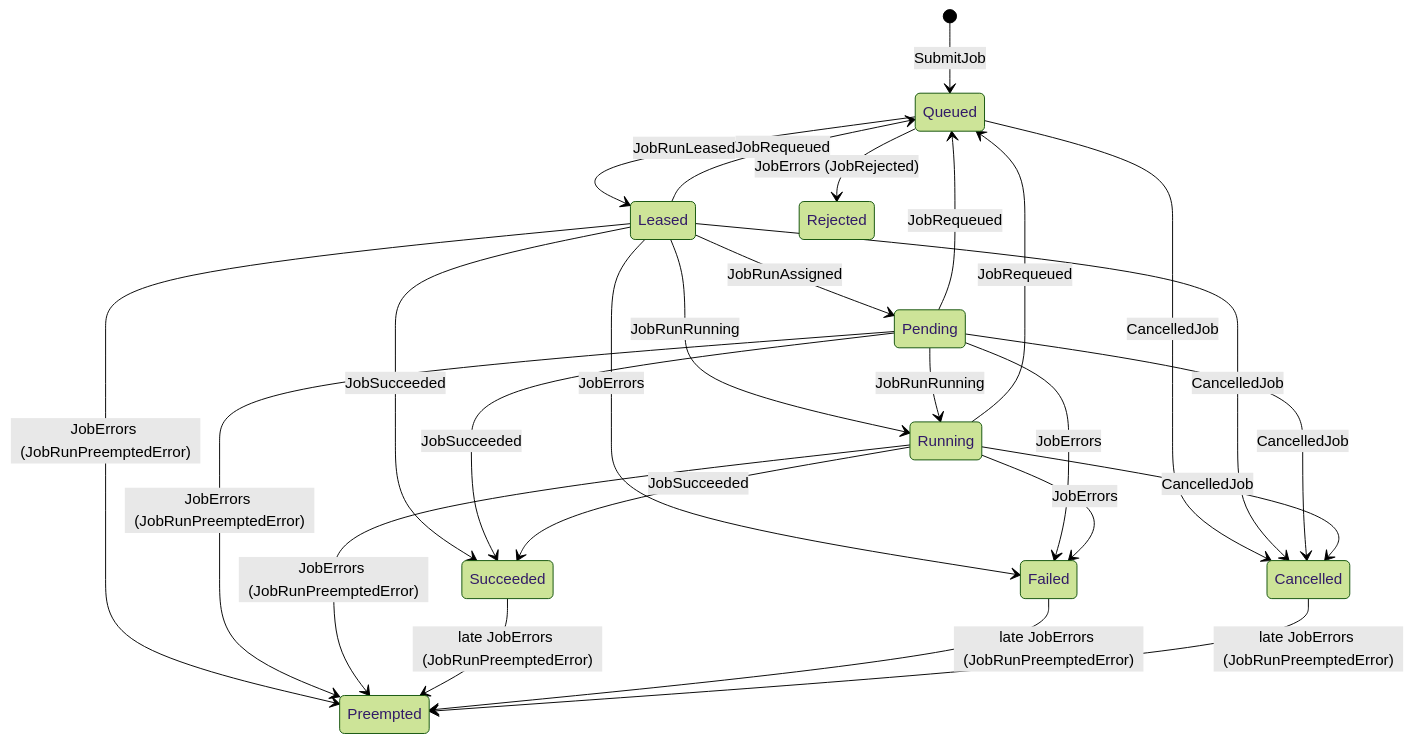
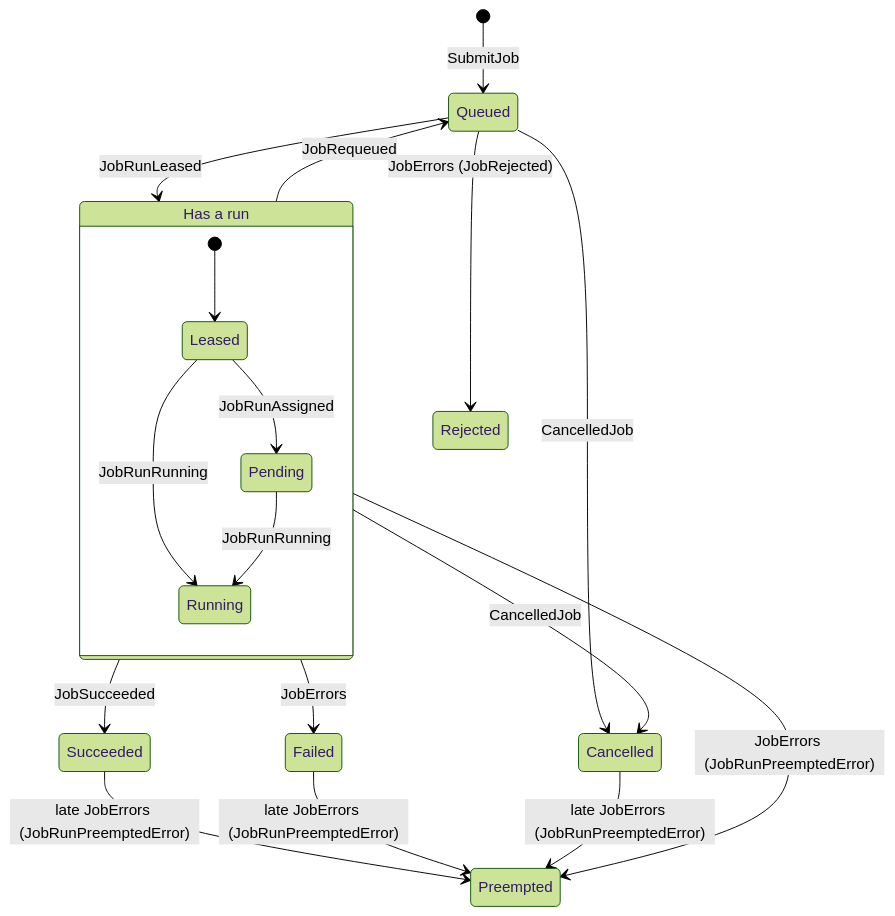
The third of 11 diagrams in docs/developer/job-lifecycle-events.md (armadaproject/armada), drawn with Mermaid (forest theme) before and after one commit. The commit also changed other lines of this file, not shown here.

Commit message:
Restructure the job lifecycle events doc for readers

````diff
--- a/docs/developer/job-lifecycle-events.md
+++ b/docs/developer/job-lifecycle-events.md
@@ -118,28 +190,21 @@
 ```mermaid
 stateDiagram-v2
     [*] --> Queued: SubmitJob
-    Queued --> Leased: JobRunLeased
-    Leased --> Pending: JobRunAssigned
-    Leased --> Running: JobRunRunning
-    Pending --> Running: JobRunRunning
-    Leased --> Queued: JobRequeued
-    Pending --> Queued: JobRequeued
-    Running --> Queued: JobRequeued
-    Leased --> Succeeded: JobSucceeded
-    Pending --> Succeeded: JobSucceeded
-    Running --> Succeeded: JobSucceeded
-    Leased --> Failed: JobErrors
-    Pending --> Failed: JobErrors
-    Running --> Failed: JobErrors
-    Leased --> Preempted: JobErrors (JobRunPreemptedError)
-    Pending --> Preempted: JobErrors (JobRunPreemptedError)
-    Running --> Preempted: JobErrors (JobRunPreemptedError)
+    Queued --> HasRun: JobRunLeased
+    state "Has a run" as HasRun {
+        [*] --> Leased
+        Leased --> Pending: JobRunAssigned
+        Leased --> Running: JobRunRunning
+        Pending --> Running: JobRunRunning
+    }
+    HasRun --> Succeeded: JobSucceeded
+    HasRun --> Failed: JobErrors
+    HasRun --> Preempted: JobErrors (JobRunPreemptedError)
+    HasRun --> Cancelled: CancelledJob
+    Queued --> Cancelled: CancelledJob
+    Queued --> Rejected: JobErrors (JobRejected)
     Succeeded --> Preempted: late JobErrors (JobRunPreemptedError)
     Failed --> Preempted: late JobErrors (JobRunPreemptedError)
     Cancelled --> Preempted: late JobErrors (JobRunPreemptedError)
-    Queued --> Rejected: JobErrors (JobRejected)
-    Queued --> Cancelled: CancelledJob
-    Leased --> Cancelled: CancelledJob
-    Pending --> Cancelled: CancelledJob
-    Running --> Cancelled: CancelledJob
+    HasRun --> Queued: JobRequeued
 ```
````
